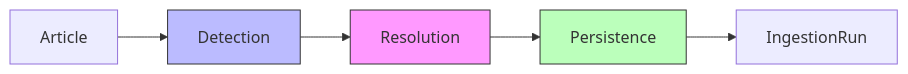
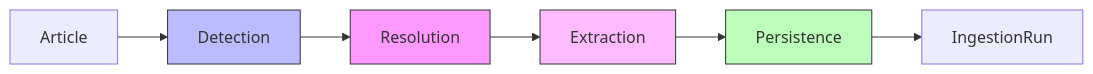
One commit to carlospinto4p/unstructured_mapping changed the diagram in docs/pipeline/10_orchestration.md. Above: the diagram before and after it, drawn with Mermaid. The commit also changed other lines of this file and 6 other files, not shown here.

````diff
--- a/docs/pipeline/10_orchestration.md
+++ b/docs/pipeline/10_orchestration.md
@@ -12,11 +13,13 @@
 ```mermaid
 flowchart LR
     A[Article] --> B[Detection]
     B --> C[Resolution]
-    C --> D[Persistence]
-    D --> E[IngestionRun]
+    C --> D[Extraction]
+    D --> E[Persistence]
+    E --> F[IngestionRun]
 
     style B fill:#bbf,stroke:#333
     style C fill:#f9f,stroke:#333
-    style D fill:#bfb,stroke:#333
+    style D fill:#fbf,stroke:#333
+    style E fill:#bfb,stroke:#333
 ```
````
